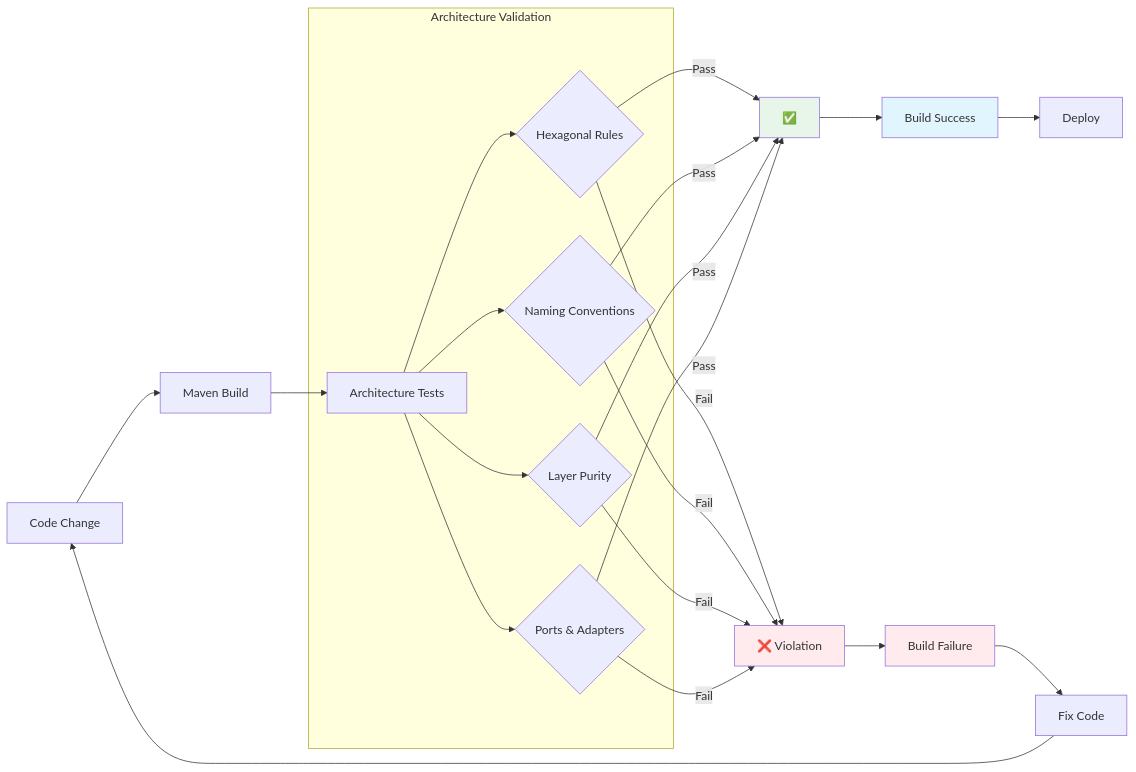
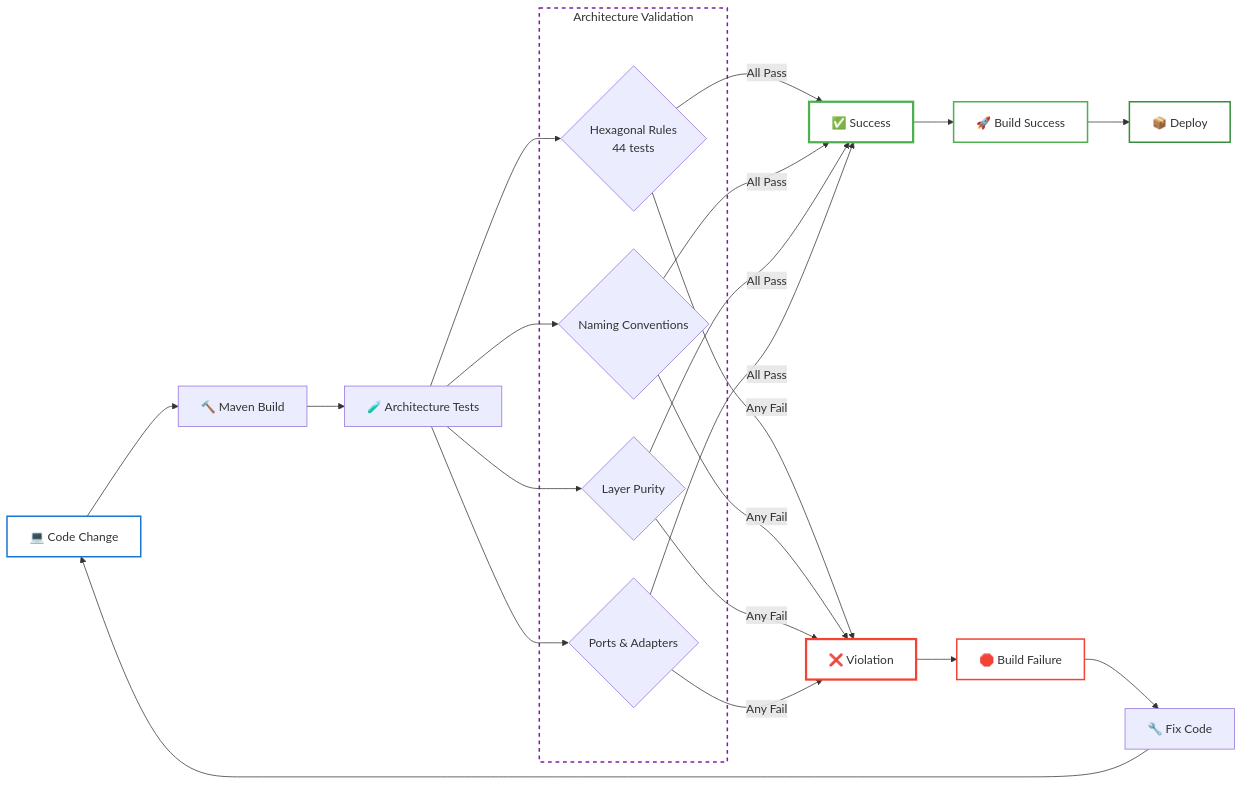
The tenth of 11 diagrams in docs/backend/ARCHITECTURE_DIAGRAMS.md (leandro-yamaniha/java-hexagonal), drawn with Mermaid before and after one commit. The commit also changed other lines of this file and 6 other files, not shown here.

Commit message:
docs: add frontend Angular documentation and architecture diagrams

````diff
--- a/docs/backend/ARCHITECTURE_DIAGRAMS.md
+++ b/docs/backend/ARCHITECTURE_DIAGRAMS.md
@@ -370,33 +382,32 @@
 ```mermaid
 flowchart LR
-    A[Code Change] --> B[Maven Build]
-    B --> C[Architecture Tests]
+    A[💻 Code Change] --> B[🔨 Maven Build]
+    B --> C[🧪 Architecture Tests]
     
-    subgraph "Architecture Validation"
-        C --> D{Hexagonal Rules}
-        C --> E{Naming Conventions}
-        C --> F{Layer Purity}
-        C --> G{Ports & Adapters}
+    subgraph Validation["Architecture Validation"]
+        D{Hexagonal Rules<br/>44 tests}
+        E{Naming Conventions}
+        F{Layer Purity}
+        G{Ports & Adapters}
     end
     
-    D -->|Pass| H[✅]
-    D -->|Fail| I[❌ Violation]
-    E -->|Pass| H
-    E -->|Fail| I
-    F -->|Pass| H
-    F -->|Fail| I
-    G -->|Pass| H
-    G -->|Fail| I
+    C --> D & E & F & G
     
-    H --> J[Build Success]
-    I --> K[Build Failure]
+    D & E & F & G -->|All Pass| H[✅ Success]
+    D & E & F & G -->|Any Fail| I[❌ Violation]
     
-    J --> L[Deploy]
-    K --> M[Fix Code]
+    H --> J[🚀 Build Success]
+    I --> K[🛑 Build Failure]
+    
+    J --> L[📦 Deploy]
+    K --> M[🔧 Fix Code]
     M --> A
     
-    style H fill:#e8f5e9
-    style I fill:#ffebee
-    style J fill:#e1f5ff
-    style K fill:#ffebee
+    style A fill:none,stroke:#1976D2,stroke-width:2px
+    style Validation fill:none,stroke:#7B1FA2,stroke-width:2px,stroke-dasharray: 5 5
+    style H fill:none,stroke:#4caf50,stroke-width:3px
+    style I fill:none,stroke:#f44336,stroke-width:3px
+    style J fill:none,stroke:#4caf50,stroke-width:2px
+    style K fill:none,stroke:#f44336,stroke-width:2px
+    style L fill:none,stroke:#388E3C,stroke-width:2px
 ```
````
